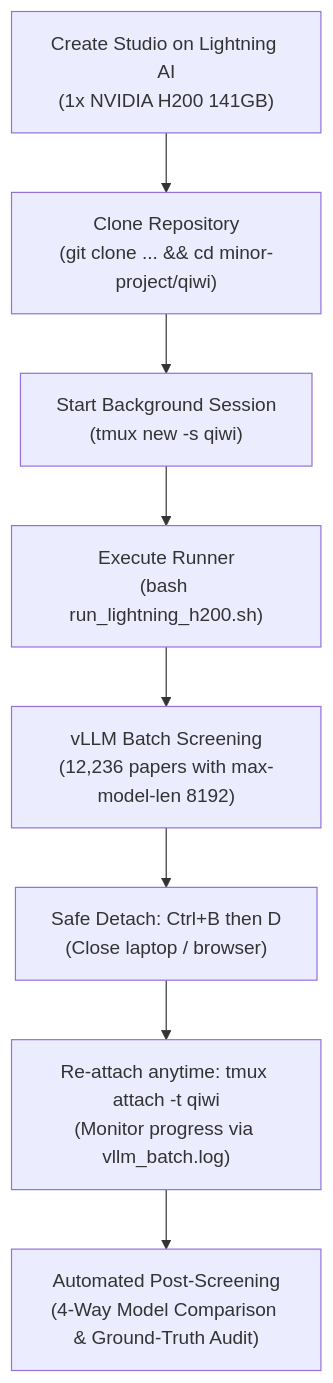
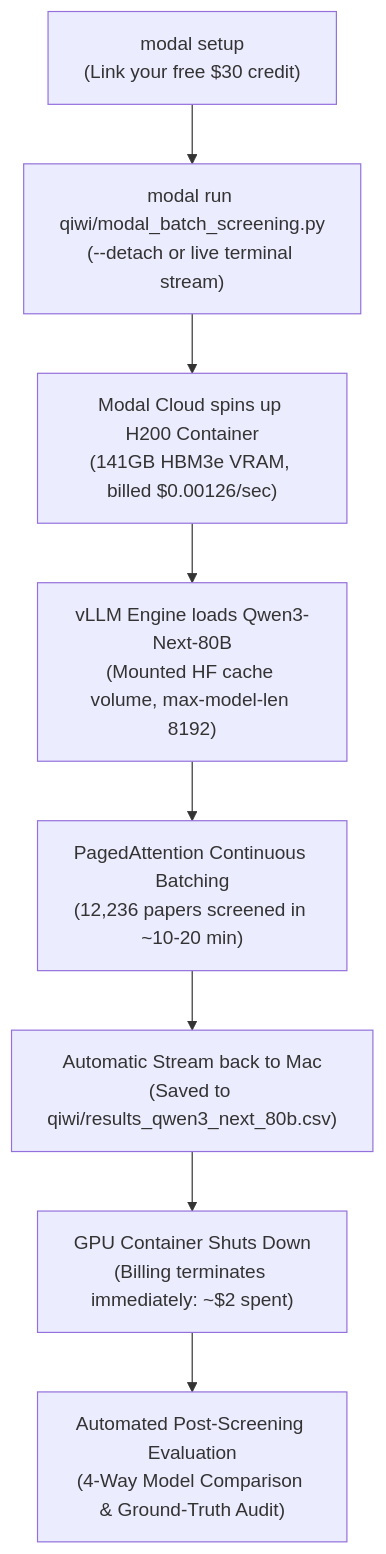
The diagram in QWEN3_IMPLEMENTATION_PLAN.md (hit-by-git/minor-project), drawn with Mermaid before and after one commit. The commit also changed other lines of this file and 4 other files, not shown here.

Commit message:
Add serverless Modal runner for Qwen3-Next-80B on H200 with per-second billing

````diff
--- a/QWEN3_IMPLEMENTATION_PLAN.md
+++ b/QWEN3_IMPLEMENTATION_PLAN.md
@@ -53,10 +56,10 @@
 ```mermaid
 flowchart TD
-    A["Create Studio on Lightning AI<br/>(1x NVIDIA H200 141GB)"] --> B["Clone Repository<br/>(git clone ... && cd minor-project/qiwi)"]
-    B --> C["Start Background Session<br/>(tmux new -s qiwi)"]
-    C --> D["Execute Runner<br/>(bash run_lightning_h200.sh)"]
-    D --> E["vLLM Batch Screening<br/>(12,236 papers with max-model-len 8192)"]
-    E --> F["Safe Detach: Ctrl+B then D<br/>(Close laptop / browser)"]
-    F --> G["Re-attach anytime: tmux attach -t qiwi<br/>(Monitor progress via vllm_batch.log)"]
-    G --> H["Automated Post-Screening<br/>(4-Way Model Comparison & Ground-Truth Audit)"]
+    A["modal setup<br/>(Link your free $30 credit)"] --> B["modal run qiwi/modal_batch_screening.py<br/>(--detach or live terminal stream)"]
+    B --> C["Modal Cloud spins up H200 Container<br/>(141GB HBM3e VRAM, billed $0.00126/sec)"]
+    C --> D["vLLM Engine loads Qwen3-Next-80B<br/>(Mounted HF cache volume, max-model-len 8192)"]
+    D --> E["PagedAttention Continuous Batching<br/>(12,236 papers screened in ~10-20 min)"]
+    E --> F["Automatic Stream back to Mac<br/>(Saved to qiwi/results_qwen3_next_80b.csv)"]
+    F --> G["GPU Container Shuts Down<br/>(Billing terminates immediately: ~$2 spent)"]
+    G --> H["Automated Post-Screening Evaluation<br/>(4-Way Model Comparison & Ground-Truth Audit)"]
 ```
````
